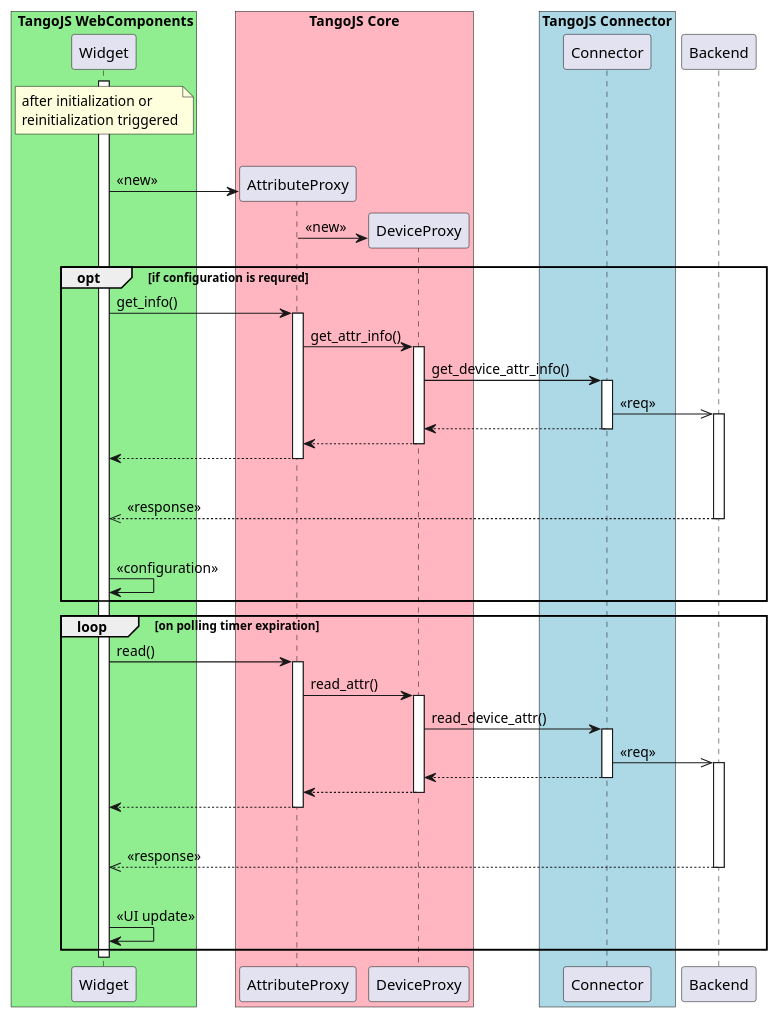
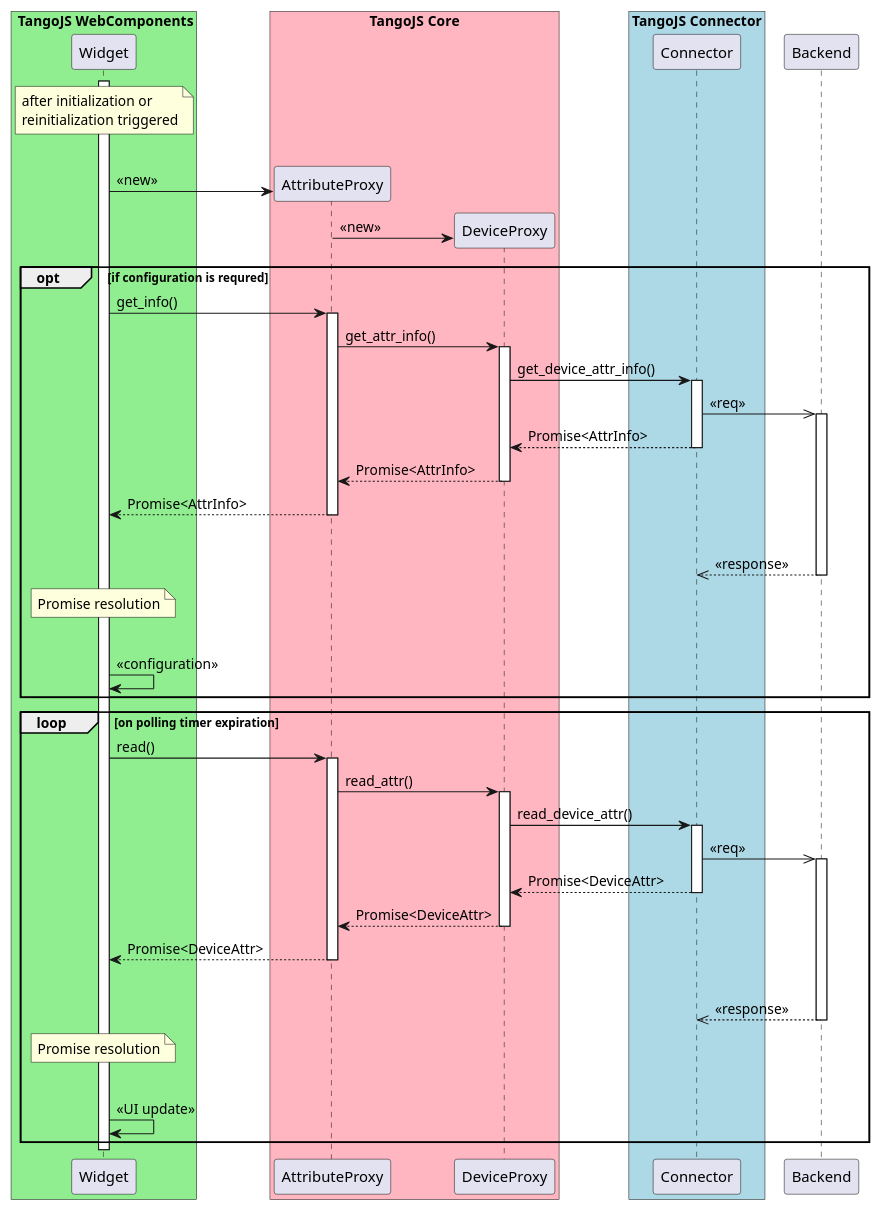
The diagram in thesis/figures/uml-source/03-tangojs-sequence-widget-polling.pu (mliszcz/msc-thesis), drawn with PlantUML before and after one commit. The commit also changed 2 other files, not shown here.

```diff
--- a/thesis/figures/uml-source/03-tangojs-sequence-widget-polling.pu
+++ b/thesis/figures/uml-source/03-tangojs-sequence-widget-polling.pu
@@ -1,107 +1,116 @@
 @startuml
 
 participant Widget
 participant DeviceProxy
 participant Connector
 
 box " TangoJS WebComponents" #LightGreen
   participant Widget
 end box
 
 box "TangoJS Core" #LightPink
   participant AttributeProxy
   participant DeviceProxy
 end box
 
 box "TangoJS Connector" #LightBlue
 	participant Connector
 end box
 
 participant "Backend" as Backend
 
 activate Widget
 
 note over Widget
   after initialization or
   reinitialization triggered
 end note
 
 |||
 
 create AttributeProxy
 Widget -> AttributeProxy: <<new>>
 
 create DeviceProxy
 AttributeProxy -> DeviceProxy: <<new>>
 
 opt if configuration is requred
 
   Widget -> AttributeProxy: get_info()
   activate AttributeProxy
 
   AttributeProxy -> DeviceProxy: get_attr_info()
   activate DeviceProxy
 
   DeviceProxy -> Connector: get_device_attr_info()
   activate Connector
 
   Connector ->> Backend: << req >>
   activate Backend
 
-  Connector --> DeviceProxy:
+  Connector --> DeviceProxy: Promise<AttrInfo>
   deactivate Connector
 
-  DeviceProxy --> AttributeProxy:
+  DeviceProxy --> AttributeProxy: Promise<AttrInfo>
   deactivate DeviceProxy
 
-  AttributeProxy --> Widget:
+  AttributeProxy --> Widget: Promise<AttrInfo>
   deactivate AttributeProxy
 
   |||
 
-  Backend -->> Widget: << response >>
+  Backend -->> Connector: << response >>
   deactivate Backend
+
+  note over Widget
+    Promise resolution
+  end note
 
   |||
 
   Widget -> Widget: << configuration >>
 
 end
 
 loop on polling timer expiration
 
   Widget -> AttributeProxy: read()
   activate AttributeProxy
 
   AttributeProxy -> DeviceProxy: read_attr()
   activate DeviceProxy
 
   DeviceProxy -> Connector: read_device_attr()
   activate Connector
 
   Connector ->> Backend: << req >>
   activate Backend
 
-  Connector --> DeviceProxy:
+  Connector --> DeviceProxy: Promise<DeviceAttr>
   deactivate Connector
 
-  DeviceProxy --> AttributeProxy:
+  DeviceProxy --> AttributeProxy: Promise<DeviceAttr>
   deactivate DeviceProxy
 
-  AttributeProxy --> Widget:
+  AttributeProxy --> Widget: Promise<DeviceAttr>
   deactivate AttributeProxy
 
   |||
 
-  Backend -->> Widget: << response >>
+  Backend -->> Connector: << response >>
   deactivate Backend
+
+  note over Widget
+    Promise resolution
+  end note
+
 
   |||
 
   Widget -> Widget: << UI update >>
 
 end
 
 deactivate Widget
 
 @enduml
```
